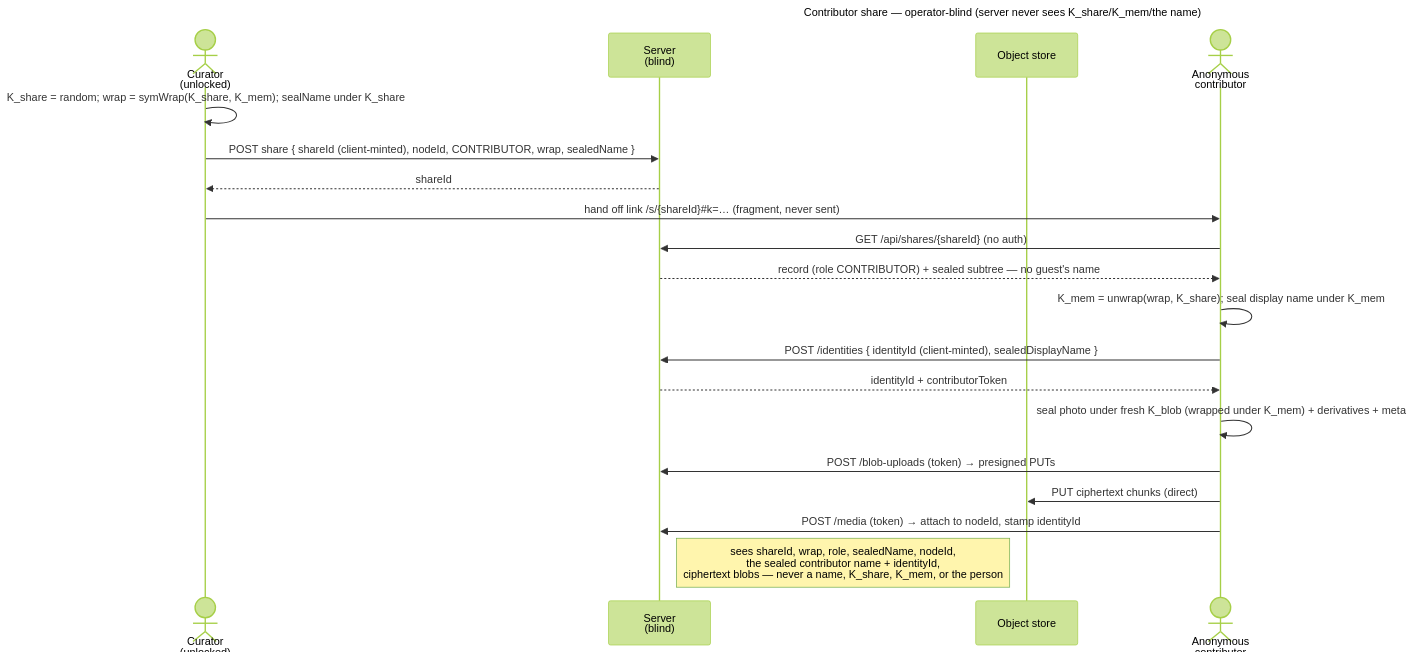
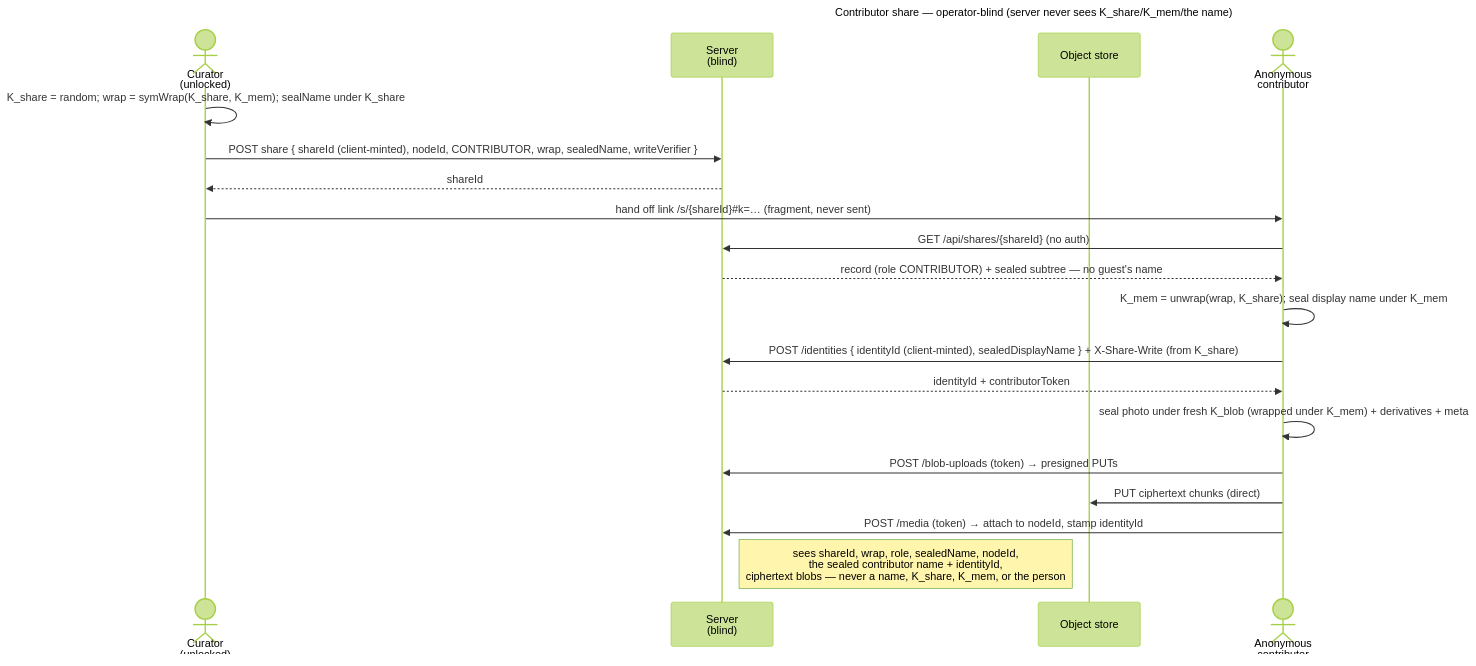
Before and after one commit to raddatzk/veyq: the diagram in docs/features/sharing/use-cases/uc.sharing.share-contributor.md, drawn with Mermaid (forest theme). The commit also changed other lines of this file and 10 other files, not shown here.

````diff
--- a/docs/features/sharing/use-cases/uc.sharing.share-contributor.md
+++ b/docs/features/sharing/use-cases/uc.sharing.share-contributor.md
@@ -51,24 +55,24 @@
 ```mermaid
 ---
 title: Contributor share — operator-blind (server never sees K_share/K_mem/the name)
 ---
 sequenceDiagram
   actor C as Curator<br>(unlocked)
   participant S as Server<br>(blind)
   participant O as Object store
   actor V as Anonymous<br>contributor
   C->>C: K_share = random#59; wrap = symWrap(K_share, K_mem)#59; sealName under K_share
-  C->>S: POST share { shareId (client-minted), nodeId, CONTRIBUTOR, wrap, sealedName }
+  C->>S: POST share { shareId (client-minted), nodeId, CONTRIBUTOR, wrap, sealedName, writeVerifier }
   S-->>C: shareId
   C->>V: hand off link /s/{shareId}#35;k=…   (fragment, never sent)
   V->>S: GET /api/shares/{shareId}   (no auth)
   S-->>V: record (role CONTRIBUTOR) + sealed subtree — no guest's name
   V->>V: K_mem = unwrap(wrap, K_share)#59; seal display name under K_mem
-  V->>S: POST /identities { identityId (client-minted), sealedDisplayName }
+  V->>S: POST /identities { identityId (client-minted), sealedDisplayName } + X-Share-Write (from K_share)
   S-->>V: identityId + contributorToken
   V->>V: seal photo under fresh K_blob (wrapped under K_mem) + derivatives + meta
   V->>S: POST /blob-uploads (token) → presigned PUTs
   V->>O: PUT ciphertext chunks (direct)
   V->>S: POST /media (token) → attach to nodeId, stamp identityId
   Note right of S: sees shareId, wrap, role, sealedName, nodeId,<br>the sealed contributor name + identityId,<br>ciphertext blobs — never a name, K_share, K_mem, or the person
 ```
````
